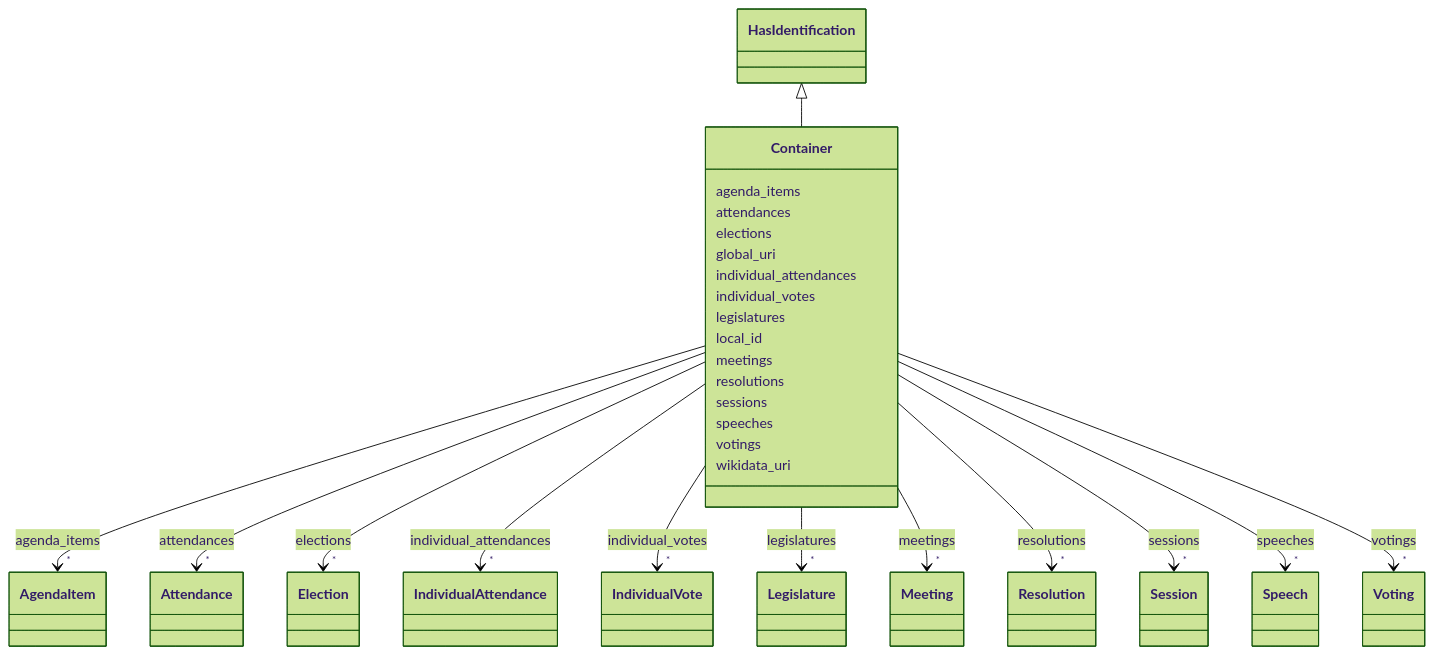
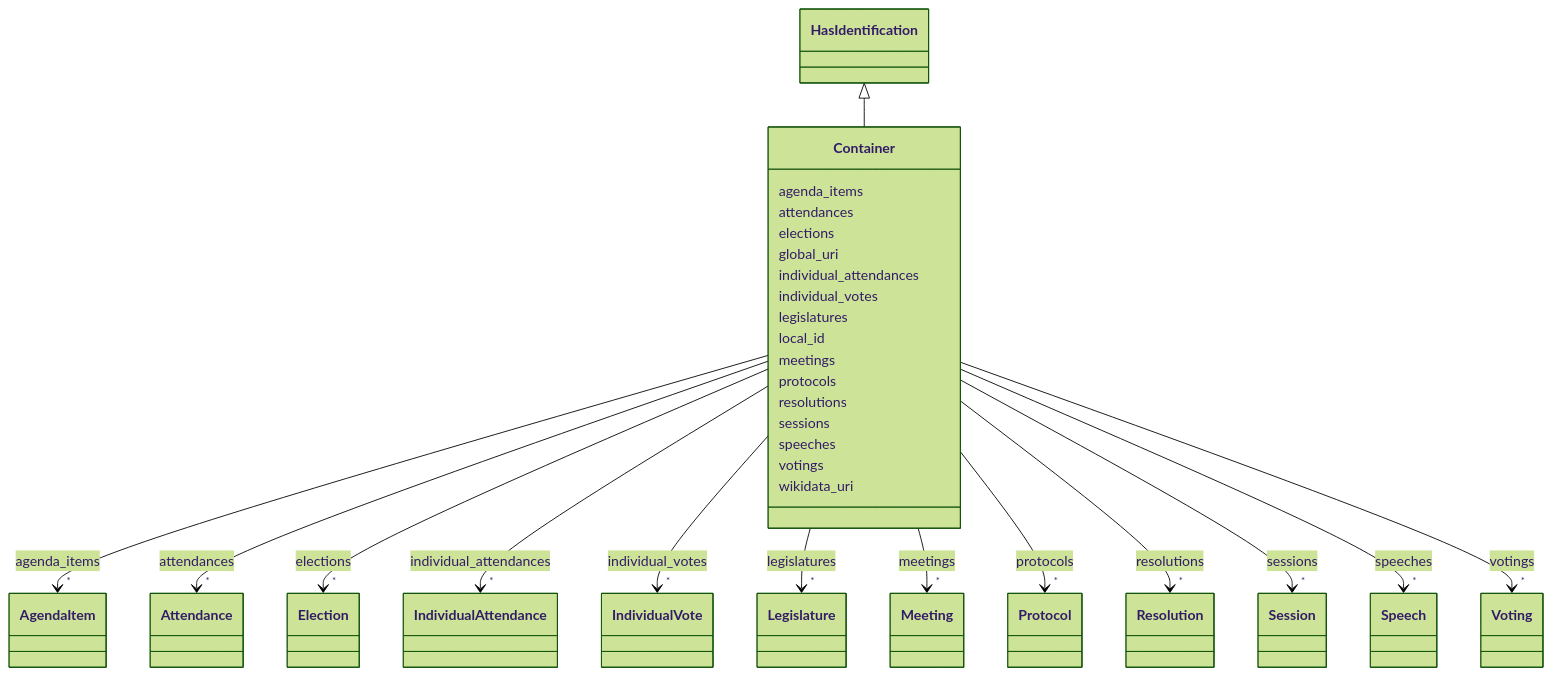
Before and after one commit to swiss/political-affairs-ech-group: the diagram in ech-0293_operations/output/docs/Container.md, drawn with Mermaid (forest theme). The commit also changed other lines of this file and 78 other files, not shown here.

```diff
--- a/ech-0293_operations/output/docs/Container.md
+++ b/ech-0293_operations/output/docs/Container.md
@@ -103,6 +103,17 @@
     
 
         
+      Container : protocols
+        
+          
+    
+        
+        
+        Container --> "*" Protocol : protocols
+        click Protocol href "../Protocol/"
+    
+
+        
       Container : resolutions
         
           
```
